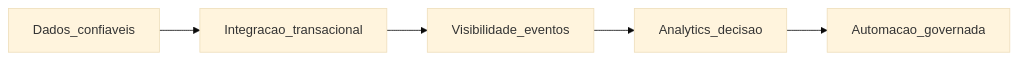
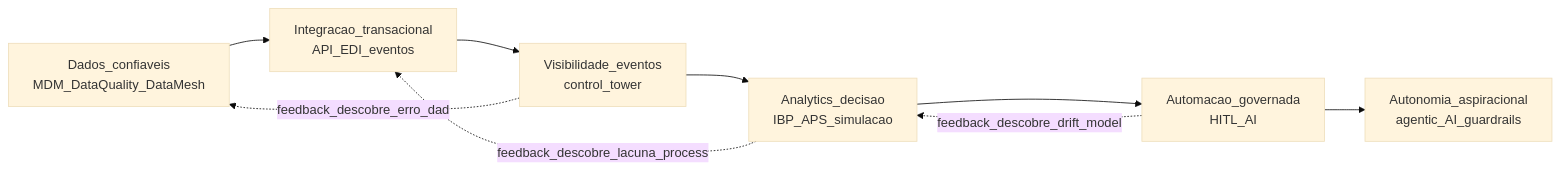
The first of 3 diagrams in aulas/trilha-logistica-estrategica/modulo-04-logistica-4-0/aula-01-maturidade-digital-supply-chain.md (cleberhensel/logisticon-academy), drawn with Mermaid (base theme) before and after one commit. The commit also changed other lines of this file and 122 other files, not shown here.

````diff
--- a/aulas/trilha-logistica-estrategica/modulo-04-logistica-4-0/aula-01-maturidade-digital-supply-chain.md
+++ b/aulas/trilha-logistica-estrategica/modulo-04-logistica-4-0/aula-01-maturidade-digital-supply-chain.md
@@ -50,9 +92,13 @@
 ```mermaid
 flowchart LR
-  D[Dados_confiaveis]
-  I[Integracao_transacional]
-  V[Visibilidade_eventos]
-  A[Analytics_decisao]
-  O[Automacao_governada]
-  D --> I --> V --> A --> O
+  D[Dados_confiaveis<br/>MDM_DataQuality_DataMesh]
+  I[Integracao_transacional<br/>API_EDI_eventos]
+  V[Visibilidade_eventos<br/>control_tower]
+  A[Analytics_decisao<br/>IBP_APS_simulacao]
+  O[Automacao_governada<br/>HITL_AI]
+  AU[Autonomia_aspiracional<br/>agentic_AI_guardrails]
+  D --> I --> V --> A --> O --> AU
+  V -.feedback_descobre_erro_dado.-> D
+  A -.feedback_descobre_lacuna_processo.-> I
+  O -.feedback_descobre_drift_modelo.-> A
 ```
````
